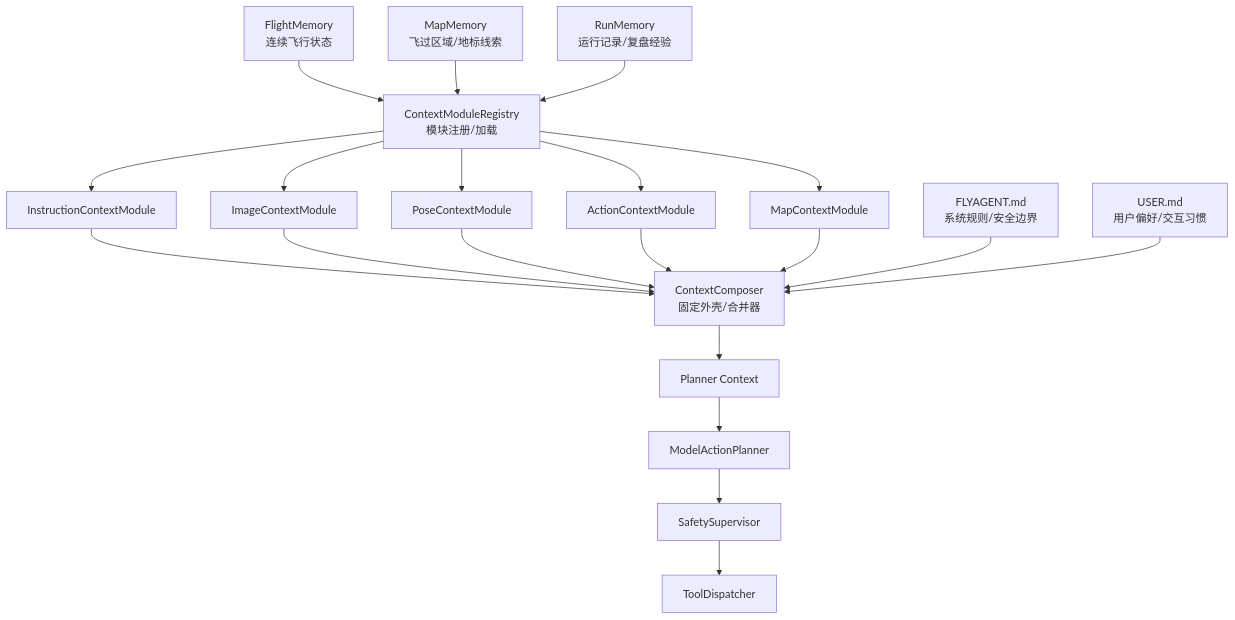
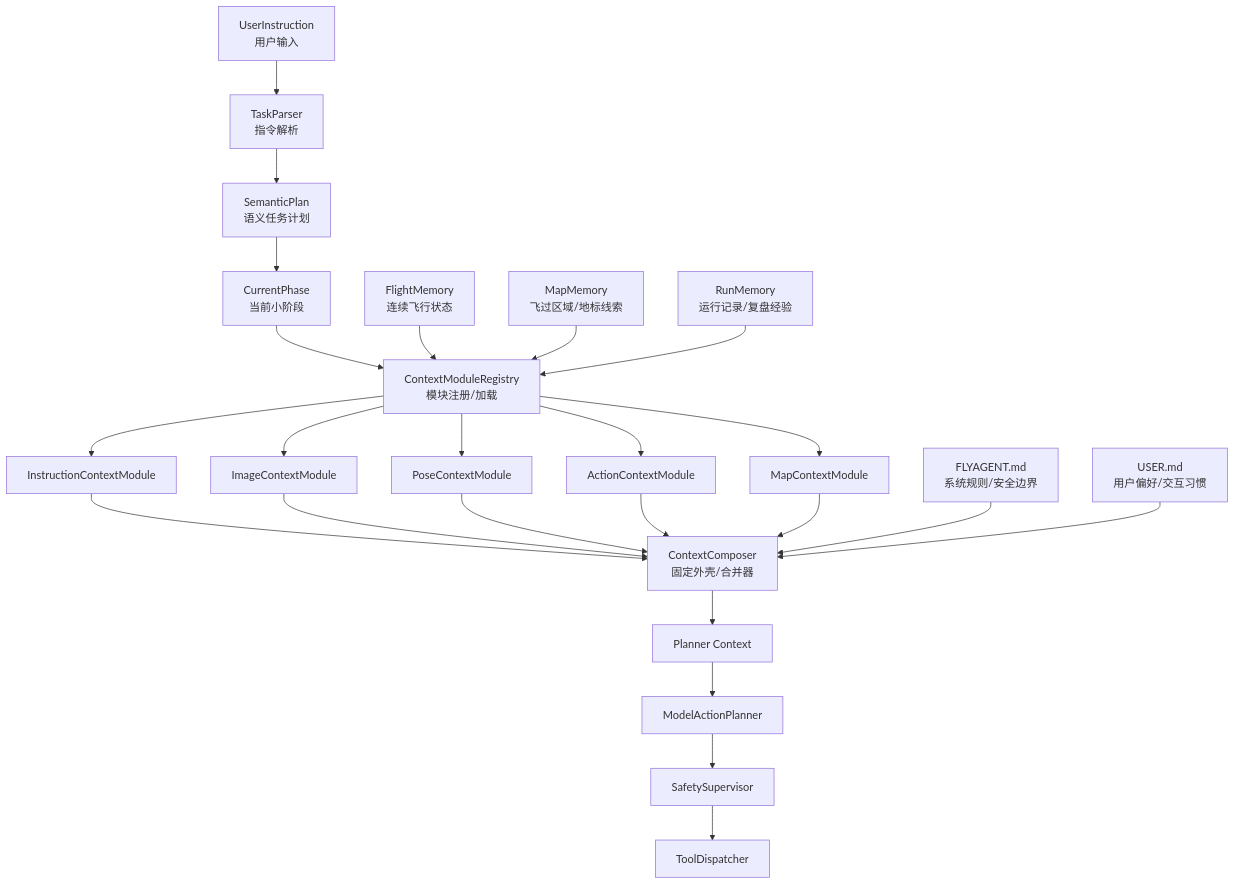
Before and after one commit to LZ6years/AeroPilot: the diagram in docs/memory_system/02_memory_layers.md, drawn with Mermaid. The commit also changed other lines of this file and 92 other files, not shown here.

````diff
--- a/docs/memory_system/02_memory_layers.md
+++ b/docs/memory_system/02_memory_layers.md
@@ -7,38 +7,47 @@
 ```mermaid
 flowchart TD
+    U["UserInstruction<br/>用户输入"]
+    TP["TaskParser<br/>指令解析"]
+    SP["SemanticPlan<br/>语义任务计划"]
+    CP["CurrentPhase<br/>当前小阶段"]
     A["FLYAGENT.md<br/>系统规则/安全边界"]
     B["USER.md<br/>用户偏好/交互习惯"]
     C["FlightMemory<br/>连续飞行状态"]
     D["MapMemory<br/>飞过区域/地标线索"]
     E["RunMemory<br/>运行记录/复盘经验"]
     R["ContextModuleRegistry<br/>模块注册/加载"]
     I0["InstructionContextModule"]
     IMG["ImageContextModule"]
     P["PoseContextModule"]
     ACT["ActionContextModule"]
     M["MapContextModule"]
     X["ContextComposer<br/>固定外壳/合并器"]
 
+    U --> TP
+    TP --> SP
+    SP --> CP
+
+    CP --> R
     C --> R
     D --> R
     E --> R
 
     R --> I0
     R --> IMG
     R --> P
     R --> ACT
     R --> M
 
     I0 --> X
     IMG --> X
     P --> X
     ACT --> X
     M --> X
     A --> X
     B --> X
 
     X --> G["Planner Context"]
     G --> H["ModelActionPlanner"]
     H --> S["SafetySupervisor"]
     S --> T["ToolDispatcher"]
 ```
````
